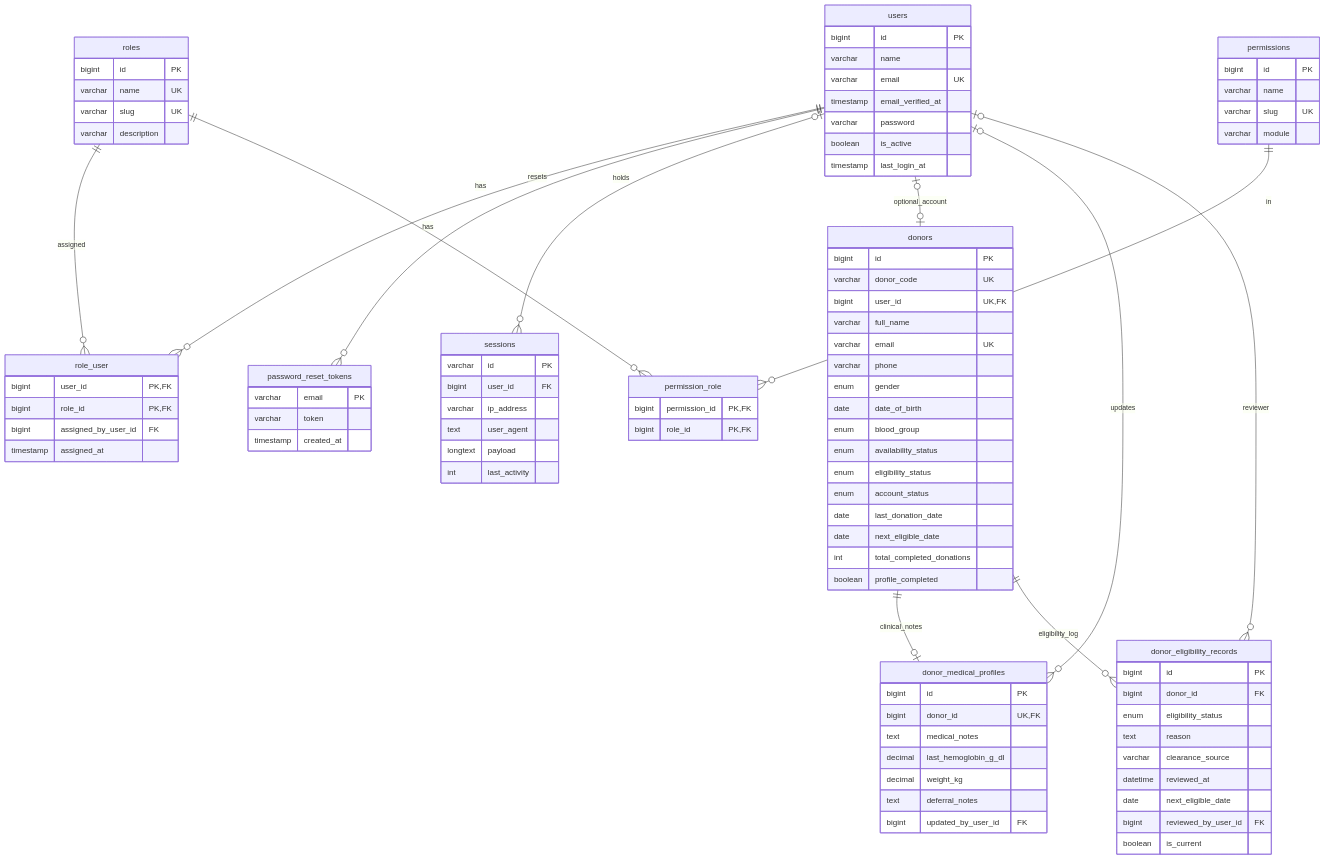
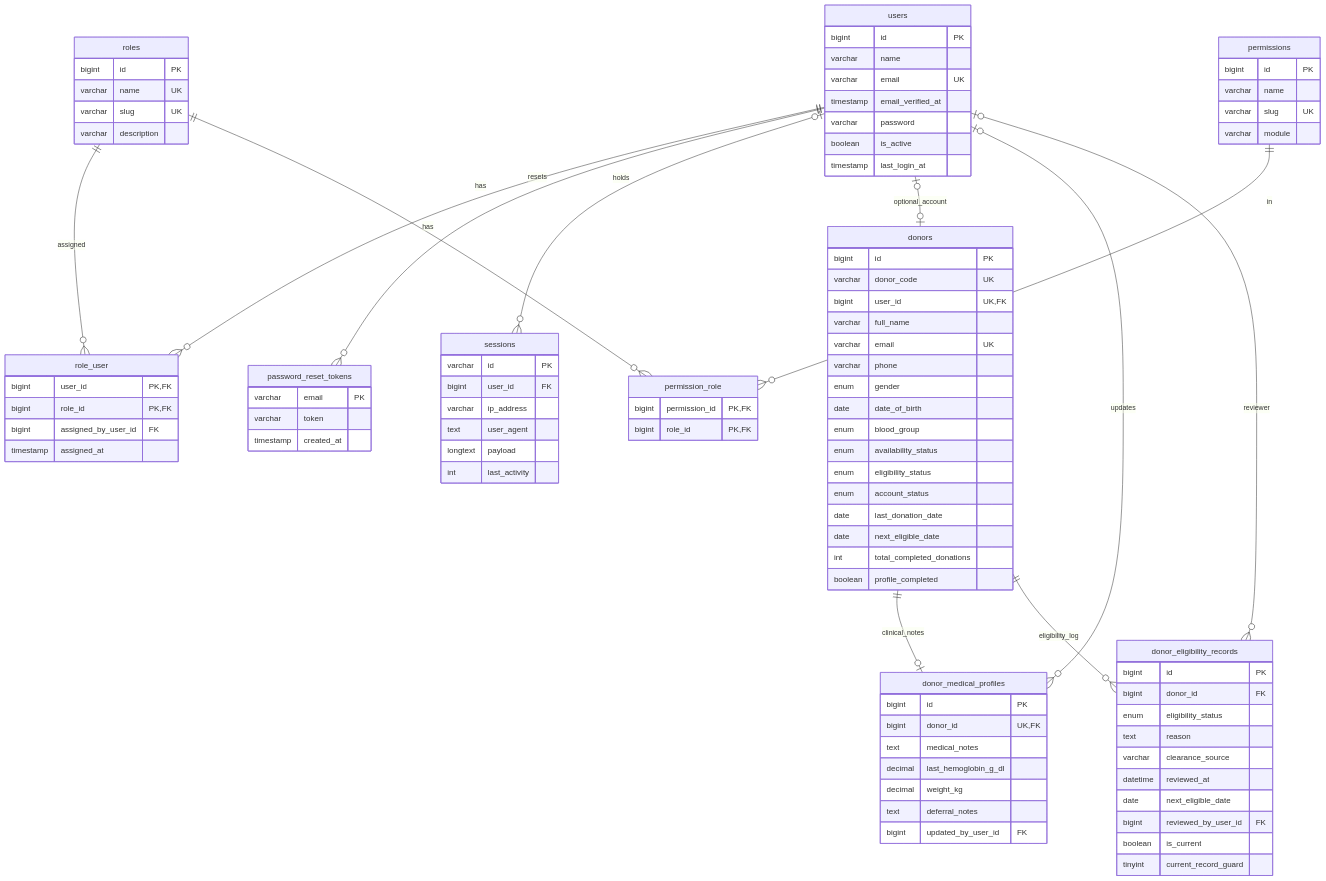
One commit to makarmee/BloodDonorMatchingSystem changed the second of 5 diagrams in docs/database-design/ERD.md. Above: the diagram before and after it, drawn with Mermaid. The commit also changed other lines of this file and 4 other files, not shown here.

Commit message:
docs: add database design documentation including business rules and schemas

```diff
--- a/docs/database-design/ERD.md
+++ b/docs/database-design/ERD.md
@@ -181,6 +181,7 @@
         date next_eligible_date
         bigint reviewed_by_user_id FK
         boolean is_current
+        tinyint current_record_guard
     }
 
     users ||--o{ role_user : "has"
```
